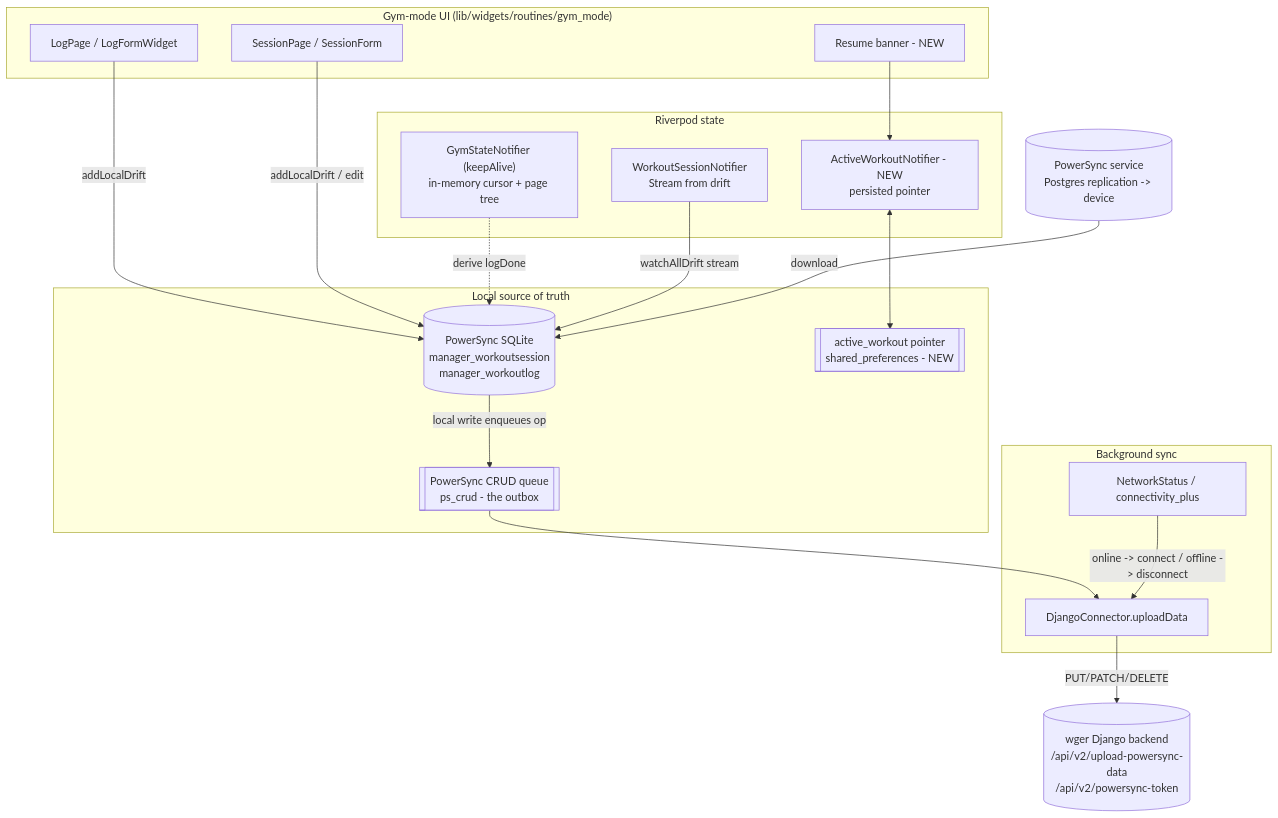
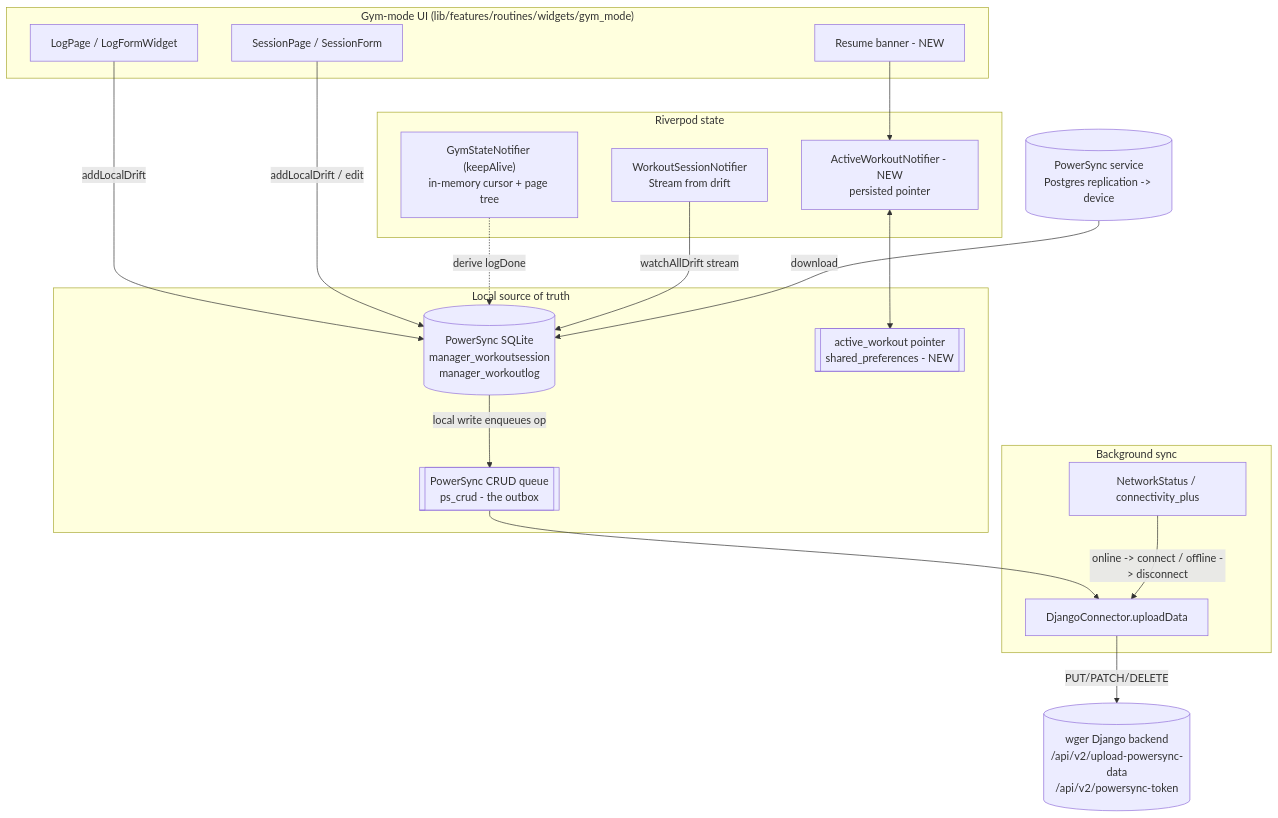
One commit to bentucker/flutter changed the first of 4 diagrams in docs/offline-logging-and-resume-design.md. Above: the diagram before and after it, drawn with Mermaid. The commit also changed other lines of this file and 7 other files, not shown here.

````diff
--- a/docs/offline-logging-and-resume-design.md
+++ b/docs/offline-logging-and-resume-design.md
@@ -84,40 +94,40 @@
 ```mermaid
 flowchart TB
-    subgraph UI["Gym-mode UI (lib/widgets/routines/gym_mode)"]
+    subgraph UI["Gym-mode UI (lib/features/routines/widgets/gym_mode)"]
         LP[LogPage / LogFormWidget]
         SP[SessionPage / SessionForm]
         RB[Resume banner - NEW]
     end
 
     subgraph SM["Riverpod state"]
         GS["GymStateNotifier (keepAlive)\nin-memory cursor + page tree"]
         AW["ActiveWorkoutNotifier - NEW\npersisted pointer"]
         WS["WorkoutSessionNotifier\nStream from drift"]
     end
 
     subgraph LOCAL["Local source of truth"]
         DB[(PowerSync SQLite\nmanager_workoutsession\nmanager_workoutlog)]
         PTR[[active_workout pointer\nshared_preferences - NEW]]
         Q[[PowerSync CRUD queue\nps_crud - the outbox]]
     end
 
     subgraph SYNC["Background sync"]
         CONN[DjangoConnector.uploadData]
         NET[NetworkStatus / connectivity_plus]
     end
 
     BE[(wger Django backend\n/api/v2/upload-powersync-data\n/api/v2/powersync-token)]
     PS[(PowerSync service\nPostgres replication -> device)]
 
     LP -->|addLocalDrift| DB
     SP -->|addLocalDrift / edit| DB
     GS -. derive logDone .-> DB
     AW <--> PTR
     WS -->|watchAllDrift stream| DB
     DB -->|local write enqueues op| Q
     Q --> CONN
     NET -->|online -> connect / offline -> disconnect| CONN
     CONN -->|PUT/PATCH/DELETE| BE
     PS -->|download| DB
     RB --> AW
 ```
````
